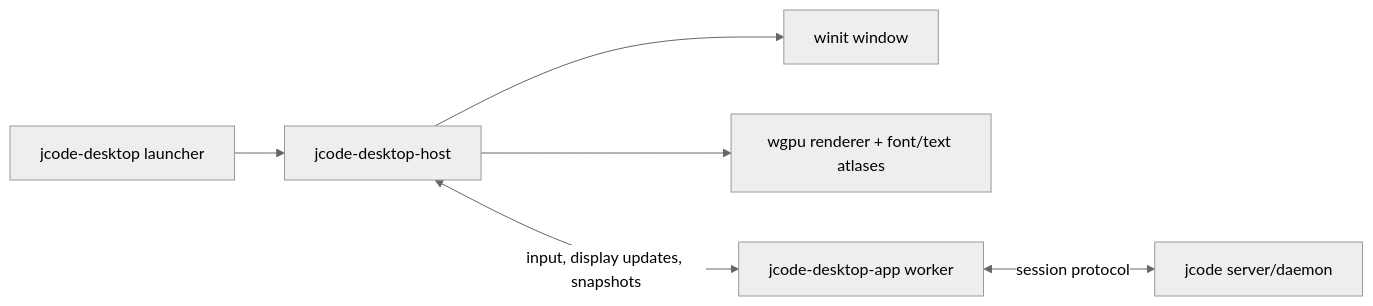
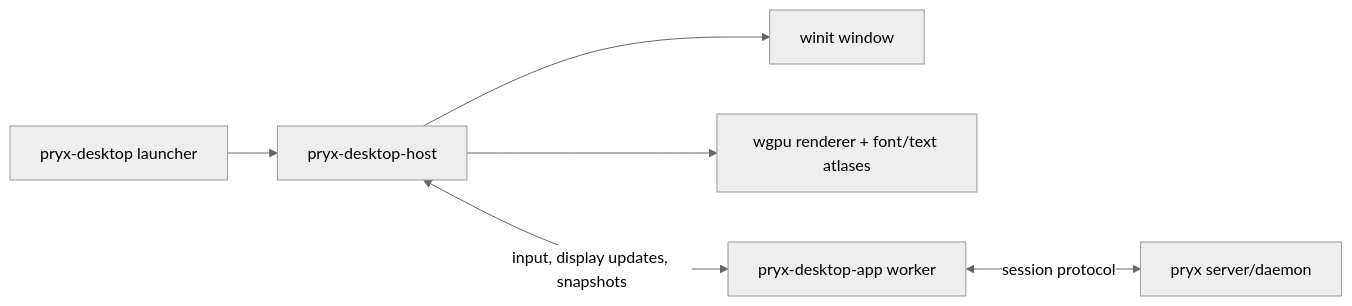
One commit to irfndi/pryx changed the diagram in docs/DESKTOP_STABLE_HOST_RELOAD_STARTUP.md. Above: the diagram before and after it, drawn with Mermaid (neutral theme). The commit also changed other lines of this file and 2678 other files, not shown here.

First line of the commit message:
refactor: rename jcode to pryx across the entire codebase

````diff
--- a/docs/DESKTOP_STABLE_HOST_RELOAD_STARTUP.md
+++ b/docs/DESKTOP_STABLE_HOST_RELOAD_STARTUP.md
@@ -118,8 +118,8 @@
 ```mermaid
 flowchart LR
-  Launcher[jcode-desktop launcher] --> Host[jcode-desktop-host]
+  Launcher[pryx-desktop launcher] --> Host[pryx-desktop-host]
   Host --> Window[winit window]
   Host --> Renderer[wgpu renderer + font/text atlases]
-  Host <-->|input, display updates, snapshots| Worker[jcode-desktop-app worker]
-  Worker <-->|session protocol| Server[jcode server/daemon]
+  Host <-->|input, display updates, snapshots| Worker[pryx-desktop-app worker]
+  Worker <-->|session protocol| Server[pryx server/daemon]
 ```
````
